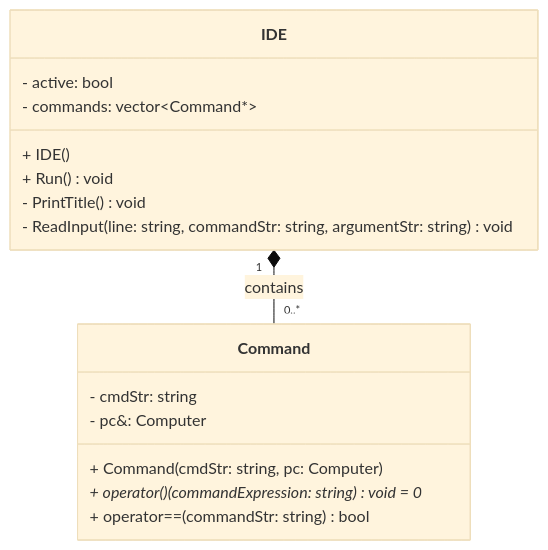
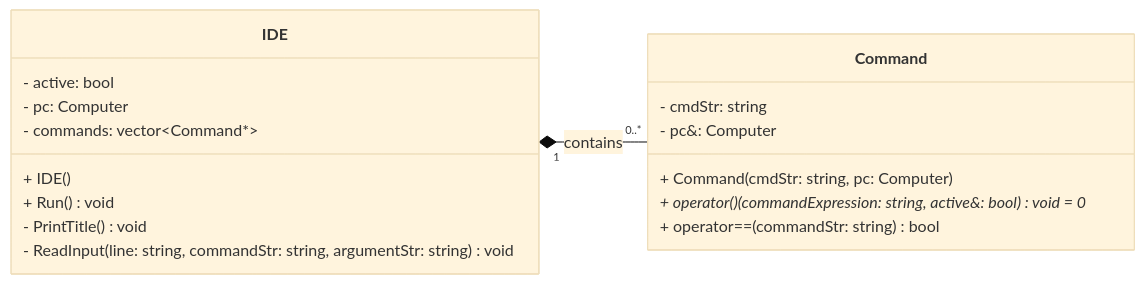
One commit to Spyro1/Basic-Lite-Interpreter changed the first of 4 diagrams in Documentation/DevDoc.md. Above: the diagram before and after it, drawn with Mermaid (base theme). The commit also changed other lines of this file, not shown here.

Commit message:
Jporta Submission 1.4: DevDoc: Command and drived classes

````diff
--- a/Documentation/DevDoc.md
+++ b/Documentation/DevDoc.md
@@ -150,19 +152,21 @@
 ```mermaid
 classDiagram
+    direction LR
   class IDE{
     - active: bool
+    - pc: Computer
     - commands: vector~Command*~
     + IDE()
     + Run() void
     - PrintTitle() void
     - ReadInput(line: string, commandStr: string, argumentStr: string) void
   }
   class Command{
     - cmdStr: string
     - pc&: Computer
     + Command(cmdStr: string, pc: Computer)
-    + operator()(commandExpression: string) void = 0*
+    + operator()(commandExpression: string, active&: bool) void = 0*
     + operator==(commandStr: string) bool
   }
   IDE "1" *-- "0..*" Command : contains
 ```
````
